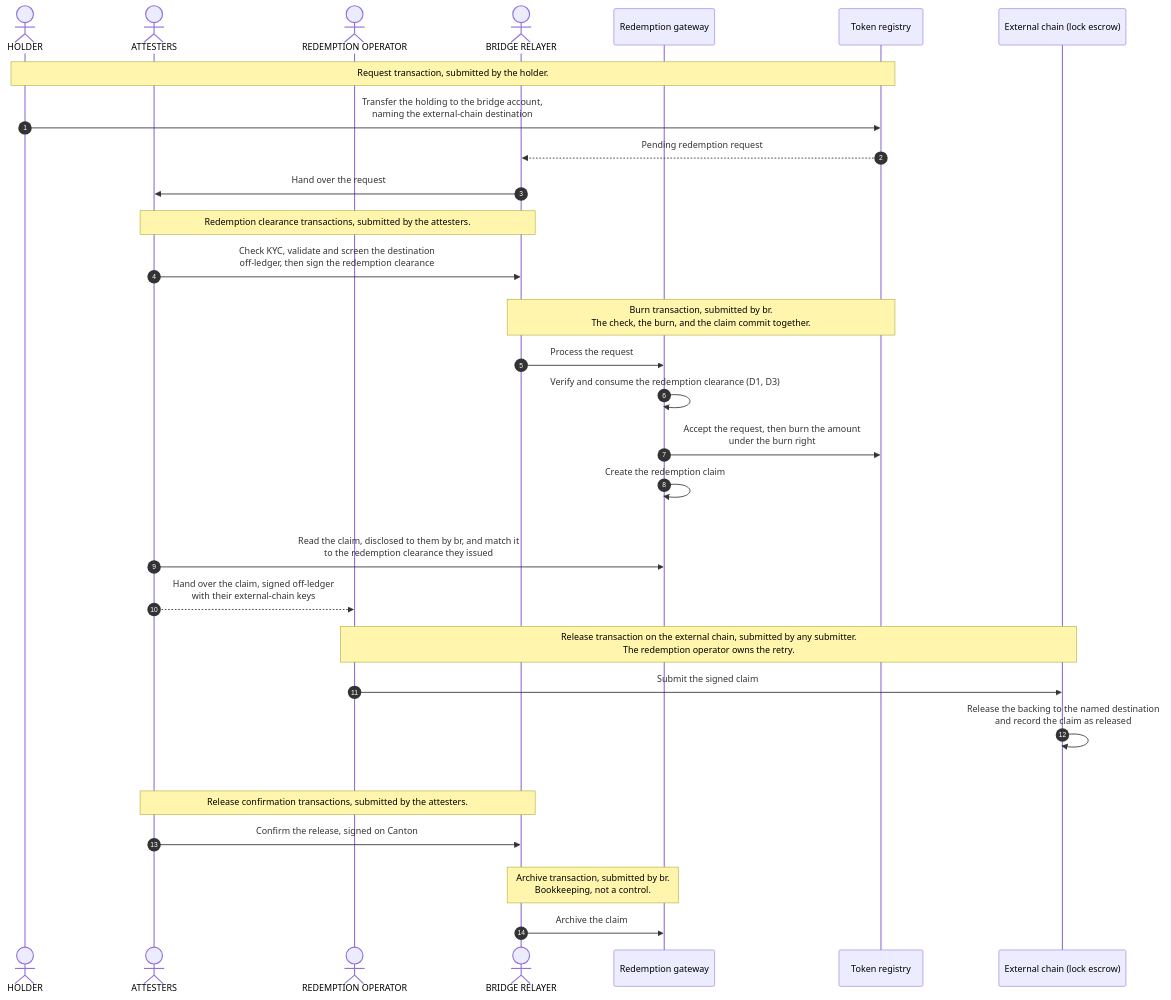
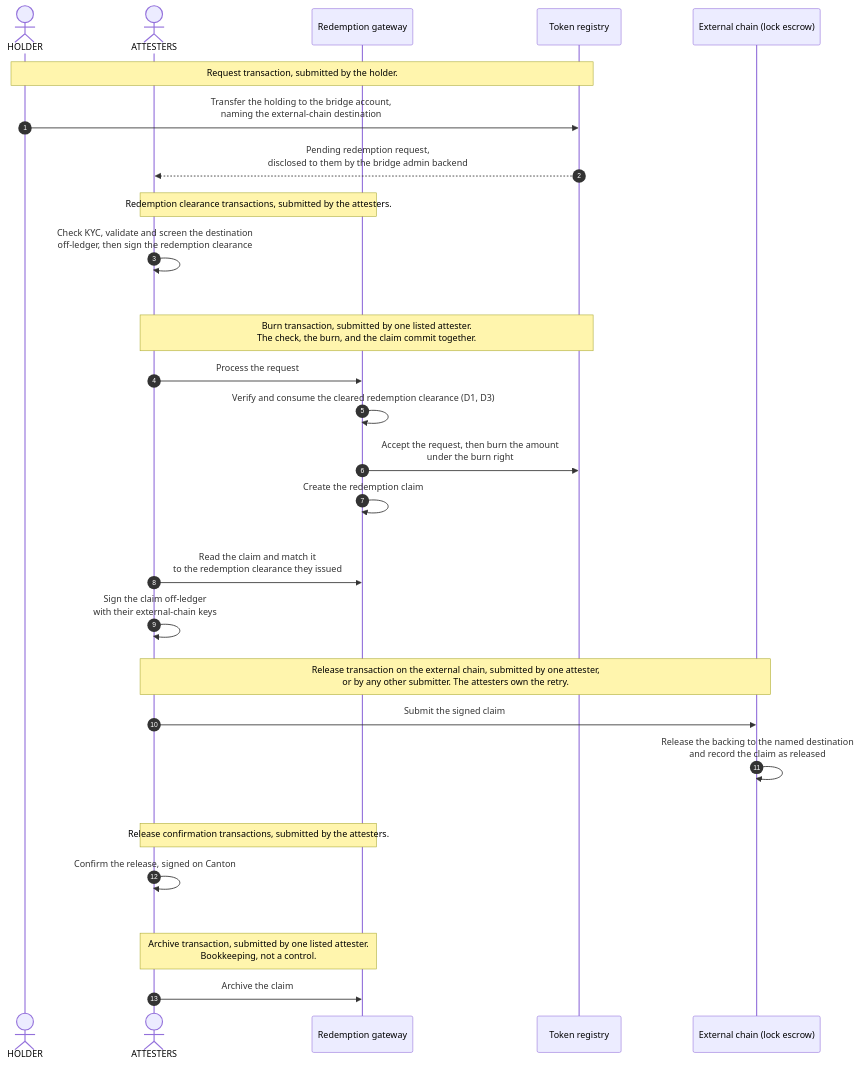
Before and after one commit to OpenZeppelin/canton-specs: the third of 3 diagrams in docs/reference-architectures/cross-chain-stablecoin.md, drawn with Mermaid. The commit also changed other lines of this file, not shown here.

````diff
--- a/docs/reference-architectures/cross-chain-stablecoin.md
+++ b/docs/reference-architectures/cross-chain-stablecoin.md
@@ -757,44 +777,41 @@
 ```mermaid
 sequenceDiagram
     autonumber
     actor Holder as HOLDER
     actor Attesters as ATTESTERS
-    actor Operator as REDEMPTION OPERATOR
-    actor Relayer as BRIDGE RELAYER
     participant Redeem as Redemption gateway
     participant Registry as Token registry
     participant Chain as External chain (lock escrow)
 
     rect rgba(255, 255, 255, .1)
         Note over Holder,Registry: Request transaction, submitted by the holder.
         Holder->>Registry: Transfer the holding to the bridge account,<br/>naming the external-chain destination
-        Registry-->>Relayer: Pending redemption request
     end
-    Relayer->>Attesters: Hand over the request
+    Registry-->>Attesters: Pending redemption request,<br/>disclosed to them by the bridge admin backend
     rect rgba(255, 255, 255, .1)
-        Note over Attesters,Relayer: Redemption clearance transactions, submitted by the attesters.
-        Attesters->>Relayer: Check KYC, validate and screen the destination<br/>off-ledger, then sign the redemption clearance
+        Note over Attesters,Redeem: Redemption clearance transactions, submitted by the attesters.
+        Attesters->>Attesters: Check KYC, validate and screen the destination<br/>off-ledger, then sign the redemption clearance
     end
     rect rgba(255, 255, 255, .1)
-        Note over Relayer,Registry: Burn transaction, submitted by br.<br/>The check, the burn, and the claim commit together.
-        Relayer->>Redeem: Process the request
-        Redeem->>Redeem: Verify and consume the redemption clearance (D1, D3)
+        Note over Attesters,Registry: Burn transaction, submitted by one listed attester.<br/>The check, the burn, and the claim commit together.
+        Attesters->>Redeem: Process the request
+        Redeem->>Redeem: Verify and consume the cleared redemption clearance (D1, D3)
         Redeem->>Registry: Accept the request, then burn the amount<br/>under the burn right
         Redeem->>Redeem: Create the redemption claim
     end
-    Attesters->>Redeem: Read the claim, disclosed to them by br, and match it<br/>to the redemption clearance they issued
-    Attesters-->>Operator: Hand over the claim, signed off-ledger<br/>with their external-chain keys
+    Attesters->>Redeem: Read the claim and match it<br/>to the redemption clearance they issued
+    Attesters->>Attesters: Sign the claim off-ledger<br/>with their external-chain keys
     rect rgba(255, 255, 255, .1)
-        Note over Operator,Chain: Release transaction on the external chain, submitted by any submitter.<br/>The redemption operator owns the retry.
-        Operator->>Chain: Submit the signed claim
+        Note over Attesters,Chain: Release transaction on the external chain, submitted by one attester,<br/>or by any other submitter. The attesters own the retry.
+        Attesters->>Chain: Submit the signed claim
         Chain->>Chain: Release the backing to the named destination<br/>and record the claim as released
     end
     rect rgba(255, 255, 255, .1)
-        Note over Attesters,Relayer: Release confirmation transactions, submitted by the attesters.
-        Attesters->>Relayer: Confirm the release, signed on Canton
+        Note over Attesters,Redeem: Release confirmation transactions, submitted by the attesters.
+        Attesters->>Attesters: Confirm the release, signed on Canton
     end
     rect rgba(255, 255, 255, .1)
-        Note over Relayer,Redeem: Archive transaction, submitted by br.<br/>Bookkeeping, not a control.
-        Relayer->>Redeem: Archive the claim
+        Note over Attesters,Redeem: Archive transaction, submitted by one listed attester.<br/>Bookkeeping, not a control.
+        Attesters->>Redeem: Archive the claim
     end
 ```
````
